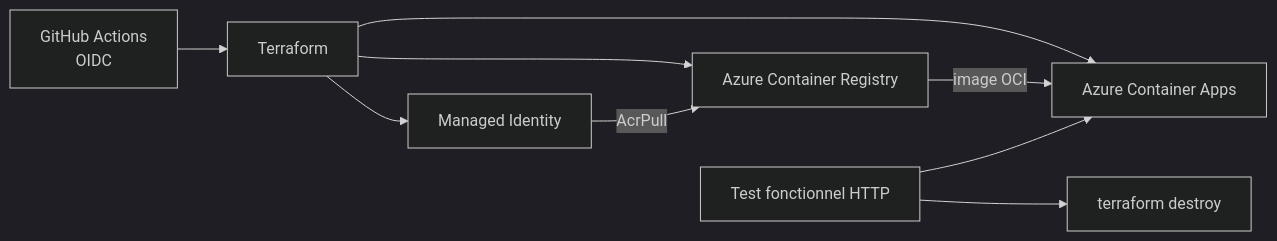
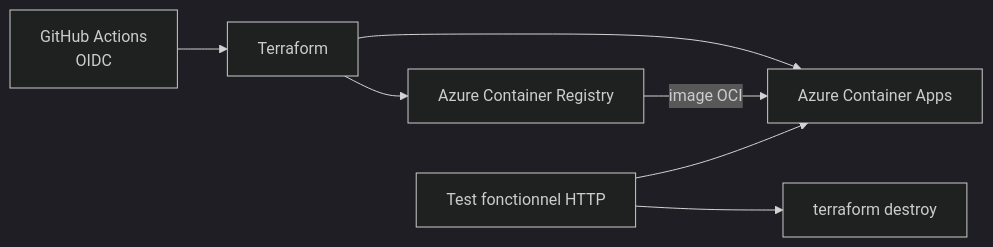
The diagram in README.md (NathanTesseyre/azure-ephemeral-container-app), drawn with Mermaid (dark theme) before and after one commit. The commit also changed other lines of this file and 5 other files, not shown here.

````diff
--- a/README.md
+++ b/README.md
@@ -18,11 +18,9 @@
 ```mermaid
 flowchart LR
     GH["GitHub Actions<br/>OIDC"] --> TF["Terraform"]
     TF --> ACR["Azure Container Registry"]
-    TF --> ID["Managed Identity"]
     TF --> ACA["Azure Container Apps"]
-    ID -->|"AcrPull"| ACR
     ACR -->|"image OCI"| ACA
     TEST["Test fonctionnel HTTP"] --> ACA
     TEST --> DESTROY["terraform destroy"]
 ```
````
